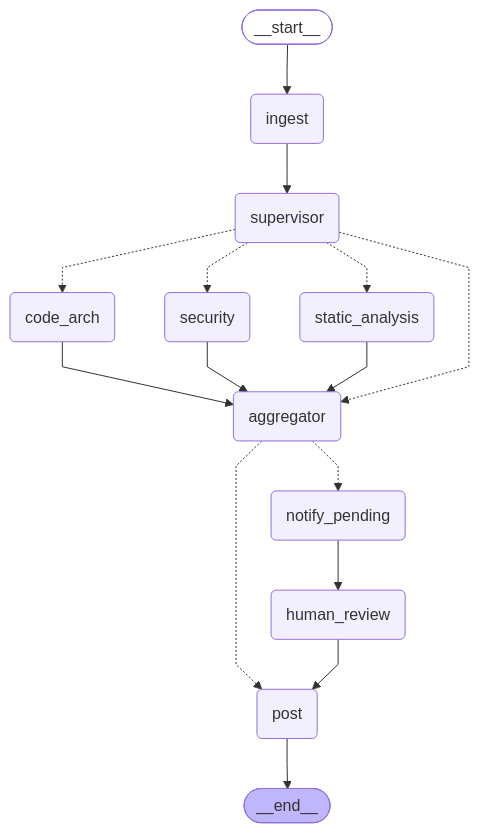
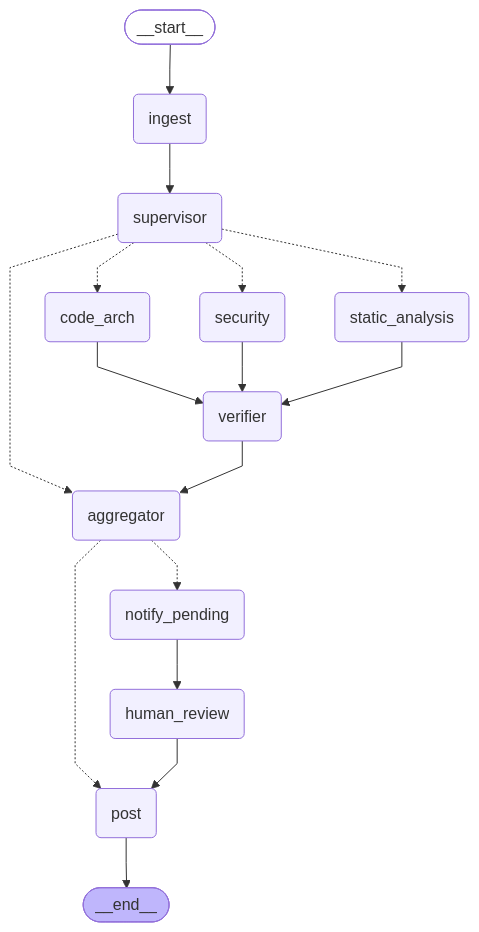
The diagram in docs/graph.mmd (fabrizzio178/PR-agents-reviewer), drawn with Mermaid before and after one commit. The commit also changed 17 other files, not shown here.

```diff
--- a/docs/graph.mmd
+++ b/docs/graph.mmd
@@ -1,34 +1,36 @@
 ---
 config:
   flowchart:
     curve: linear
 ---
 graph TD;
 	__start__([<p>__start__</p>]):::first
 	ingest(ingest)
 	supervisor(supervisor)
 	static_analysis(static_analysis)
 	security(security)
 	code_arch(code_arch)
+	verifier(verifier)
 	aggregator(aggregator)
 	notify_pending(notify_pending)
 	human_review(human_review)
 	post(post)
 	__end__([<p>__end__</p>]):::last
 	__start__ --> ingest;
 	aggregator -.-> notify_pending;
 	aggregator -.-> post;
-	code_arch --> aggregator;
+	code_arch --> verifier;
 	human_review --> post;
 	ingest --> supervisor;
 	notify_pending --> human_review;
-	security --> aggregator;
-	static_analysis --> aggregator;
+	security --> verifier;
+	static_analysis --> verifier;
 	supervisor -.-> aggregator;
 	supervisor -.-> code_arch;
 	supervisor -.-> security;
 	supervisor -.-> static_analysis;
+	verifier --> aggregator;
 	post --> __end__;
 	classDef default fill:#f2f0ff,line-height:1.2
 	classDef first fill-opacity:0
 	classDef last fill:#bfb6fc
```
